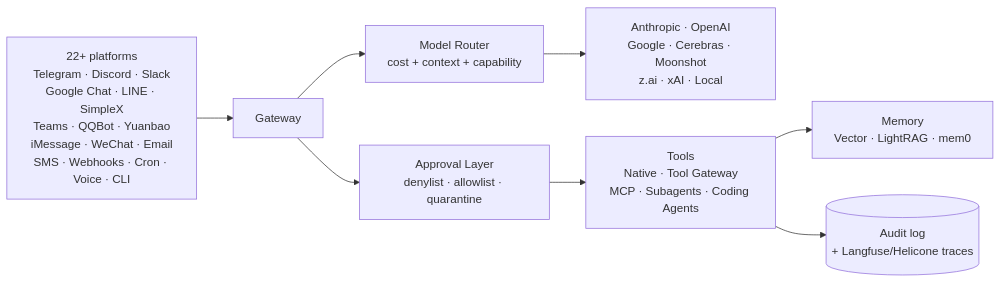
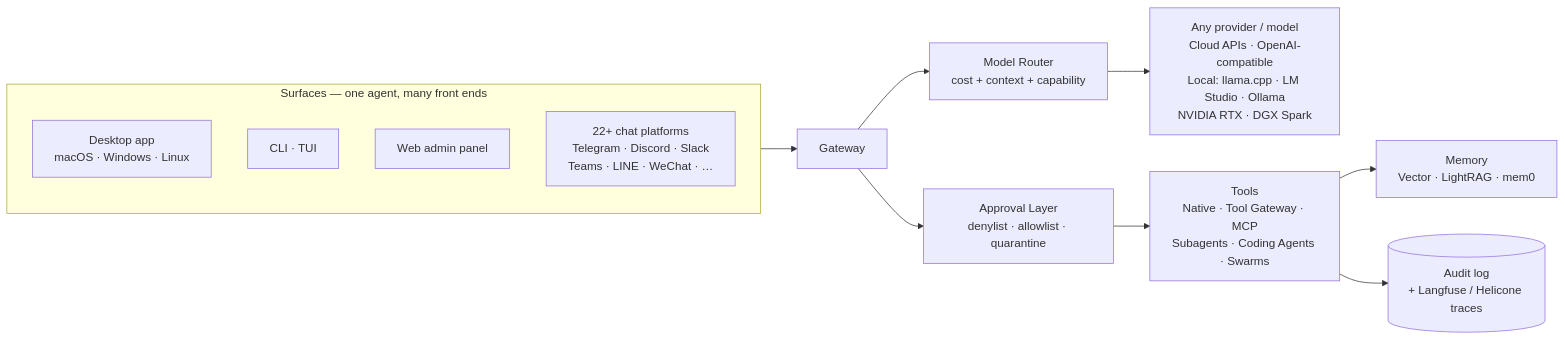
Before and after one commit to OnlyTerp/hermes-optimization-guide: the diagram in README.md, drawn with Mermaid. The commit also changed other lines of this file and 11 other files, not shown here.

First line of the commit message:
Refresh guide for Hermes v0.16 "Surface": Desktop app, NVIDIA local, graphics (#24)

````diff
--- a/README.md
+++ b/README.md
@@ -64,10 +85,17 @@
 ```mermaid
 flowchart LR
-  Inputs[22+ platforms<br/>Telegram · Discord · Slack<br/>Google Chat · LINE · SimpleX<br/>Teams · QQBot · Yuanbao<br/>iMessage · WeChat · Email<br/>SMS · Webhooks · Cron · Voice · CLI] --> Gateway
+  subgraph Surfaces[Surfaces — one agent, many front ends]
+    direction TB
+    Desktop[Desktop app<br/>macOS · Windows · Linux]
+    Term[CLI · TUI]
+    Web[Web admin panel]
+    Chat[22+ chat platforms<br/>Telegram · Discord · Slack<br/>Teams · LINE · WeChat · …]
+  end
+  Surfaces --> Gateway
   Gateway --> Router[Model Router<br/>cost + context + capability]
-  Router --> Providers[Anthropic · OpenAI<br/>Google · Cerebras · Moonshot<br/>z.ai · xAI · Local]
+  Router --> Providers[Any provider / model<br/>Cloud APIs · OpenAI-compatible<br/>Local: llama.cpp · LM Studio · Ollama<br/>NVIDIA RTX · DGX Spark]
   Gateway --> Approval[Approval Layer<br/>denylist · allowlist · quarantine]
-  Approval --> Tools[Tools<br/>Native · Tool Gateway<br/>MCP · Subagents · Coding Agents]
+  Approval --> Tools[Tools<br/>Native · Tool Gateway · MCP<br/>Subagents · Coding Agents · Swarms]
   Tools --> Memory[Memory<br/>Vector · LightRAG · mem0]
-  Tools --> Logs[(Audit log<br/>+ Langfuse/Helicone traces)]
+  Tools --> Logs[(Audit log<br/>+ Langfuse / Helicone traces)]
 ```
````
